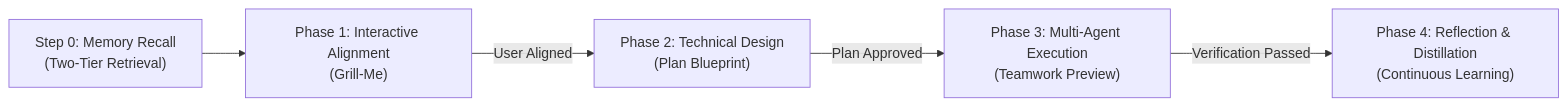
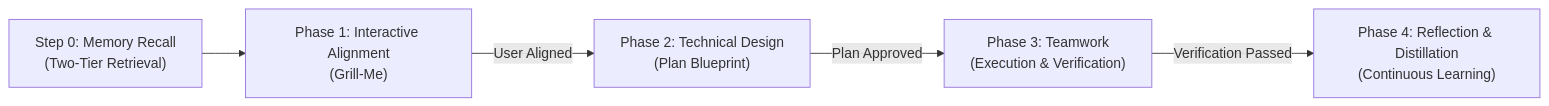
Before and after one commit to tysongoulding/grill-plan-team: the diagram in rules/AGENTS.md, drawn with Mermaid. The commit also changed other lines of this file and 6 other files, not shown here.

Commit message:
refactor: decouple Phase 3 execution from proprietary teamwork-preview naming

````diff
--- a/rules/AGENTS.md
+++ b/rules/AGENTS.md
@@ -5,7 +5,7 @@
 ```mermaid
 flowchart LR
     M["Step 0: Memory Recall<br/>(Two-Tier Retrieval)"] --> A["Phase 1: Interactive Alignment<br/>(Grill-Me)"]
     A -->|"User Aligned"| B["Phase 2: Technical Design<br/>(Plan Blueprint)"]
-    B -->|"Plan Approved"| C["Phase 3: Multi-Agent Execution<br/>(Teamwork Preview)"]
+    B -->|"Plan Approved"| C["Phase 3: Teamwork<br/>(Execution & Verification)"]
     C -->|"Verification Passed"| D["Phase 4: Reflection & Distillation<br/>(Continuous Learning)"]
 ```
````
